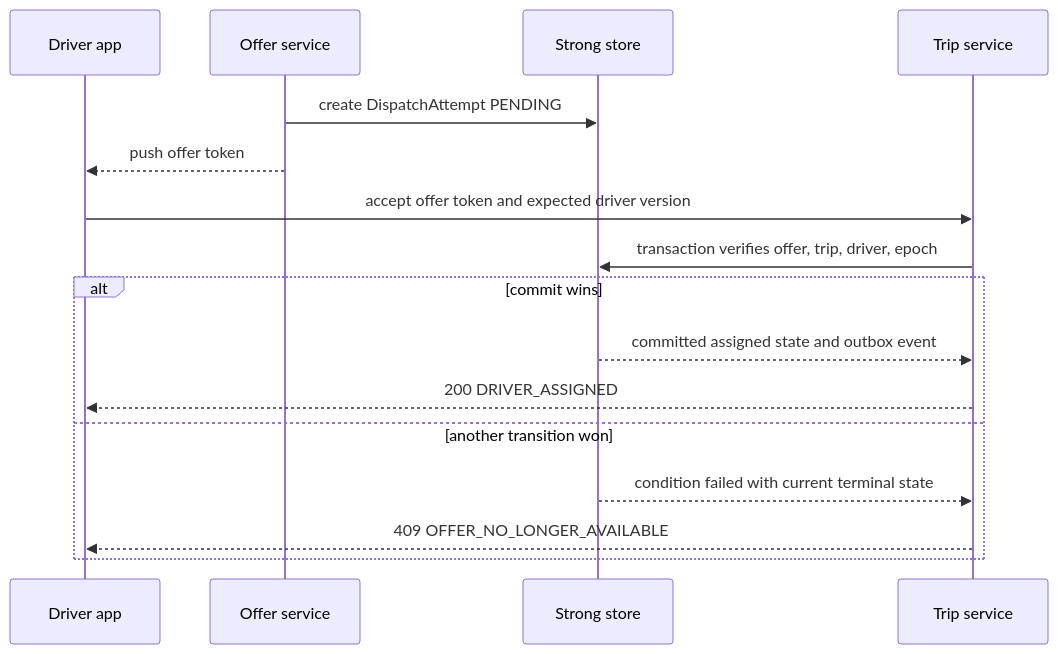
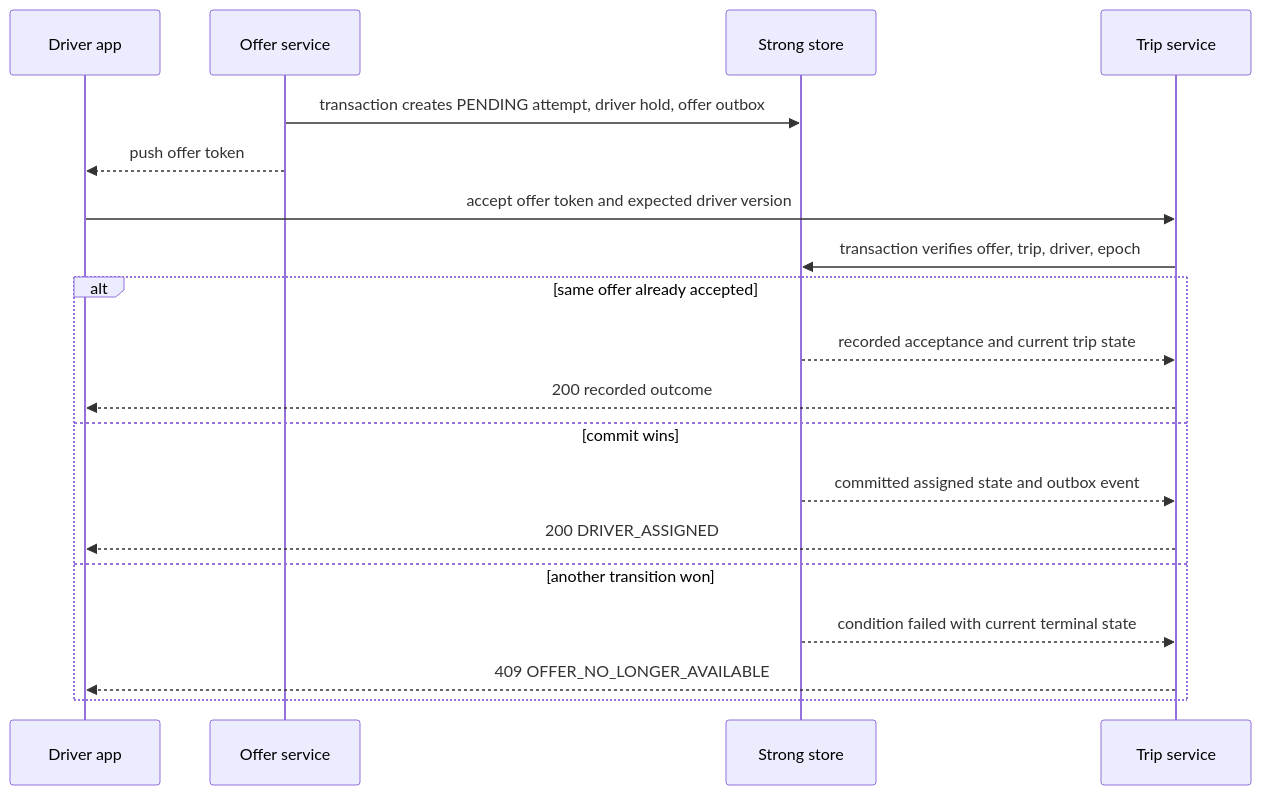
Before and after one commit to Pranshu258/system-design: the fifth of 5 diagrams in nearby-drivers-system-design.md, drawn with Mermaid. The commit also changed other lines of this file and 23 other files, not shown here.

````diff
--- a/nearby-drivers-system-design.md
+++ b/nearby-drivers-system-design.md
@@ -353,18 +359,21 @@
 ```mermaid
 sequenceDiagram
     participant D as Driver app
     participant O as Offer service
     participant S as Strong store
     participant T as Trip service
-    O->>S: create DispatchAttempt PENDING
+    O->>S: transaction creates PENDING attempt, driver hold, offer outbox
     O-->>D: push offer token
     D->>T: accept offer token and expected driver version
     T->>S: transaction verifies offer, trip, driver, epoch
-    alt commit wins
+    alt same offer already accepted
+        S-->>T: recorded acceptance and current trip state
+        T-->>D: 200 recorded outcome
+    else commit wins
         S-->>T: committed assigned state and outbox event
         T-->>D: 200 DRIVER_ASSIGNED
     else another transition won
         S-->>T: condition failed with current terminal state
         T-->>D: 409 OFFER_NO_LONGER_AVAILABLE
     end
 ```
````
